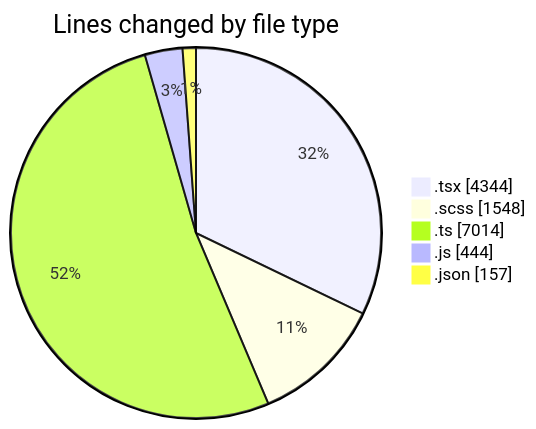
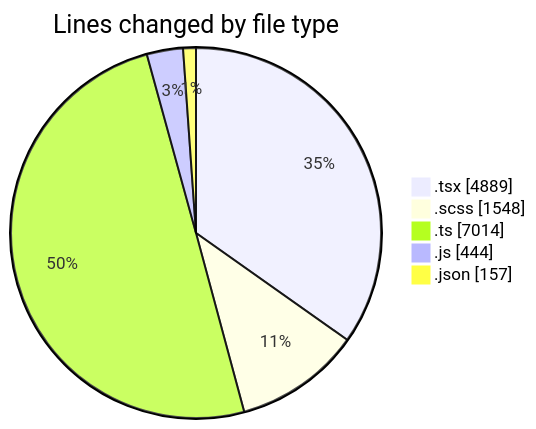
One commit to momahboobian/code-tracking changed the first of 2 diagrams in 2026-04-23/cda/README.md. Above: the diagram before and after it, drawn with Mermaid. The commit also changed other lines of this file and 1 other file, not shown here.

````diff
--- a/2026-04-23/cda/README.md
+++ b/2026-04-23/cda/README.md
@@ -44,9 +44,9 @@
 ```mermaid
 pie showData
 title Lines changed by file type
-".tsx" : 4344
+".tsx" : 4889
 ".scss" : 1548
 ".ts" : 7014
 ".js" : 444
 ".json" : 157
 ```
````
